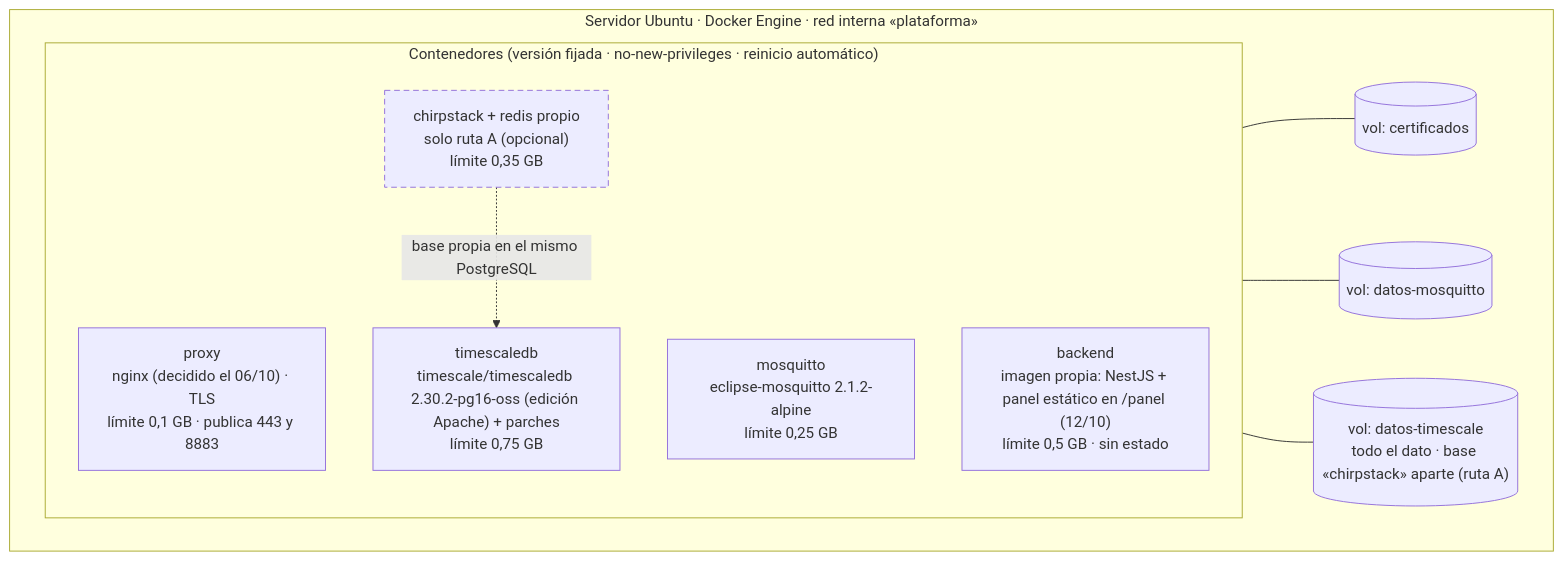
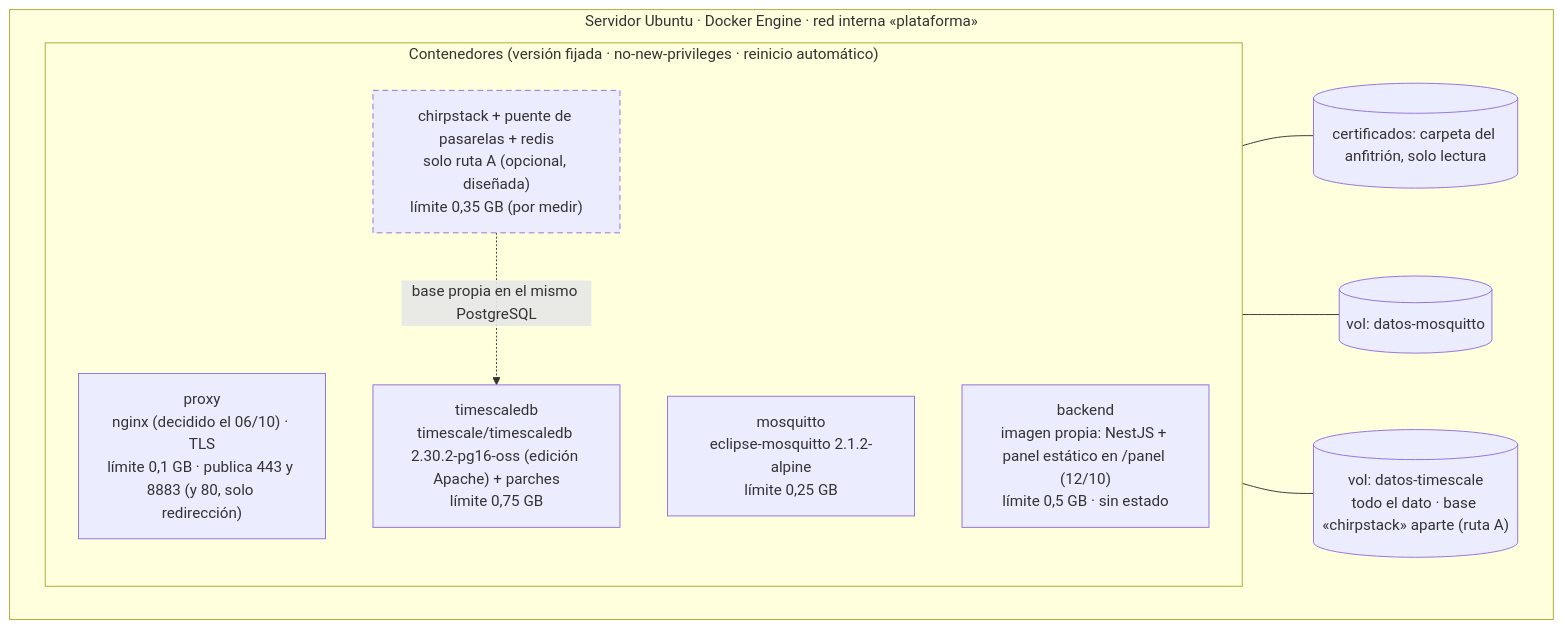
The sixth of 6 diagrams in docs/10-arquitectura.md (vicenterami/tesis), drawn with Mermaid before and after one commit. The commit also changed other lines of this file and 44 other files, not shown here.

````diff
--- a/docs/10-arquitectura.md
+++ b/docs/10-arquitectura.md
@@ -636,23 +637,23 @@
 ```mermaid
 flowchart TB
     subgraph HOST["Servidor Ubuntu · Docker Engine · red interna «plataforma»"]
         direction LR
         subgraph SVC["Contenedores (versión fijada · no-new-privileges · reinicio automático)"]
             direction TB
-            C5["proxy<br/>nginx (decidido el 06/10) · TLS<br/>límite 0,1 GB · publica 443 y 8883"]
+            C5["proxy<br/>nginx (decidido el 06/10) · TLS<br/>límite 0,1 GB · publica 443 y 8883 (y 80, solo redirección)"]
             C1["mosquitto<br/>eclipse-mosquitto 2.1.2-alpine<br/>límite 0,25 GB"]
-            C2["chirpstack + redis propio<br/>solo ruta A (opcional)<br/>límite 0,35 GB"]
+            C2["chirpstack + puente de pasarelas + redis<br/>solo ruta A (opcional, diseñada)<br/>límite 0,35 GB (por medir)"]
             C4["backend<br/>imagen propia: NestJS + panel estático en /panel (12/10)<br/>límite 0,5 GB · sin estado"]
             C3["timescaledb<br/>timescale/timescaledb 2.30.2-pg16-oss (edición Apache) + parches<br/>límite 0,75 GB"]
         end
-        V4[("vol: certificados")]
+        V4[("certificados: carpeta del anfitrión, solo lectura")]
         V2[("vol: datos-mosquitto")]
         V1[("vol: datos-timescale<br/>todo el dato · base «chirpstack» aparte (ruta A)")]
     end
     C5 --- V4
     C1 --- V2
     C3 --- V1
     C2 -. "base propia en el mismo PostgreSQL" .-> C3
     classDef opcional stroke-dasharray:6 4
     class C2 opcional
 ```
````
